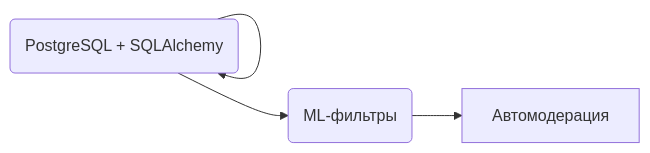
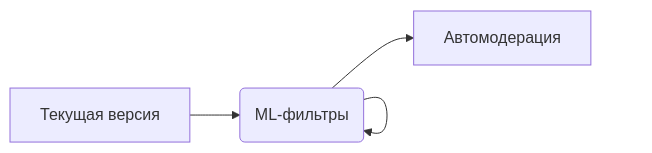
The diagram in README.md (nihosprop/bot_stepik_guard), drawn with Mermaid before and after one commit.

Commit message:
style(README): update

````diff
--- a/README.md
+++ b/README.md
@@ -75,6 +75,6 @@
 ```mermaid
 graph LR
-    A[Текущая версия] --> A(PostgreSQL + SQLAlchemy)
-    A --> B(ML-фильтры)
+    A[Текущая версия] --> B(PostgreSQL + SQLAlchemy)
+    B --> B(ML-фильтры)
     B --> C[Автомодерация]
 ```
````
